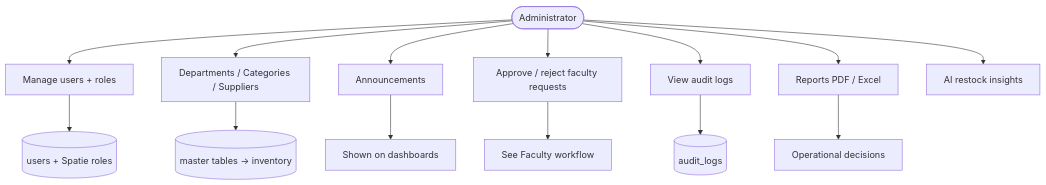
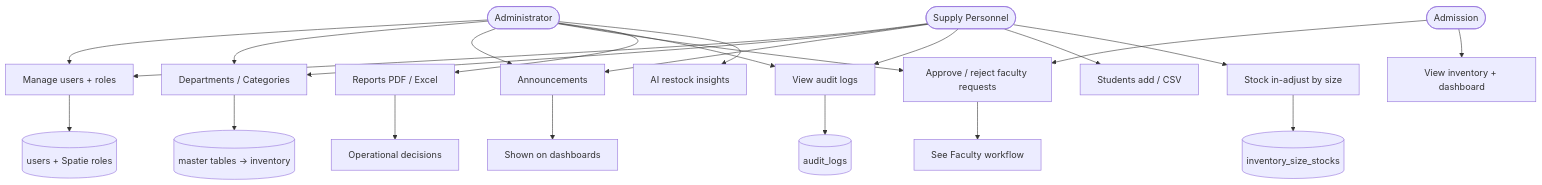
Before and after one commit to rhems95/PECIT-Smart-Inventory-System: the seventh of 8 diagrams in docs/FLOWCHART.md, drawn with Mermaid. The commit also changed other lines of this file and 42 other files, not shown here.

First line of the commit message:
Add uniform sizes, Admission role, and staff dashboard links.

````diff
--- a/docs/FLOWCHART.md
+++ b/docs/FLOWCHART.md
@@ -177,17 +180,28 @@
 ```mermaid
 flowchart TD
     A([Administrator]) --> B[Manage users + roles]
-    A --> C[Departments / Categories / Suppliers]
+    A --> C[Departments / Categories]
     A --> D[Announcements]
     A --> E[Approve / reject faculty requests]
     A --> F[View audit logs]
     A --> G[Reports PDF / Excel]
     A --> H[AI restock insights]
+
+    AD([Admission]) --> E
+    AD --> IV[View inventory + dashboard]
+
+    SP([Supply Personnel]) --> B
+    SP --> C
+    SP --> D
+    SP --> F
+    SP --> ST[Students add / CSV]
+    SP --> SK[Stock in-adjust by size]
 
     B --> I[(users + Spatie roles)]
     C --> J[(master tables → inventory)]
     D --> K[Shown on dashboards]
     E --> L[See Faculty workflow]
     F --> M[(audit_logs)]
     G --> N[Operational decisions]
+    SK --> SZ[(inventory_size_stocks)]
 ```
````
